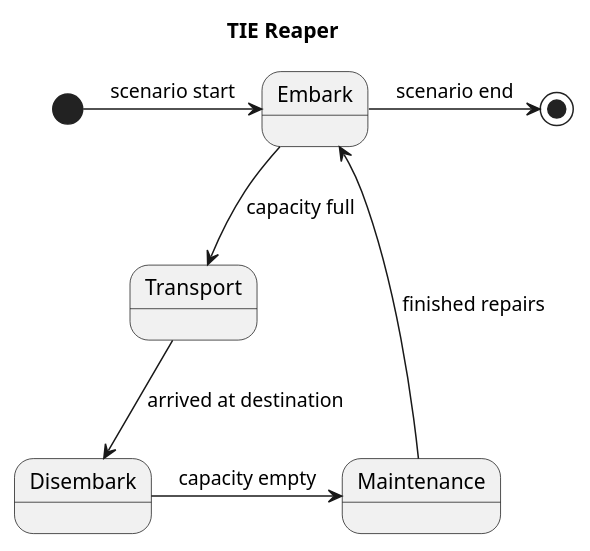
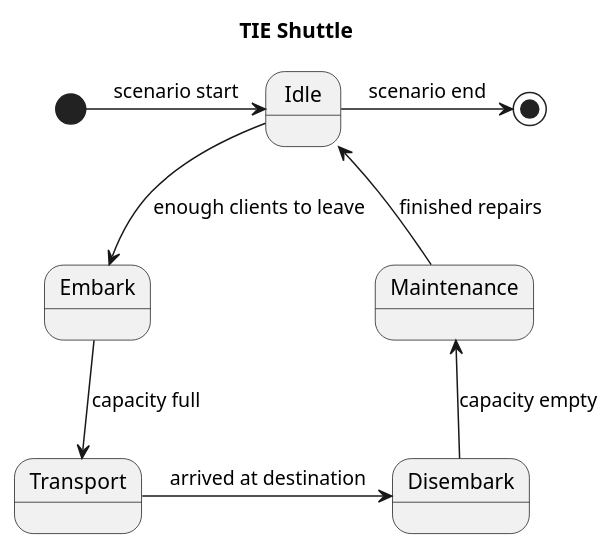
One commit to darkhappy/flightsim changed the diagram in Documentation/Diagrams/State/Transport.puml. Above: the diagram before and after it, drawn with PlantUML. The commit also changed 3 other files, not shown here.

Commit message:
UML: Basically done (probably needs finishing touches)

```diff
--- a/Documentation/Diagrams/State/Transport.puml
+++ b/Documentation/Diagrams/State/Transport.puml
@@ -1,17 +1,19 @@
 @startuml
 'https://plantuml.com/state-diagram
-Title TIE Reaper 
+Title TIE Shuttle 
 
+state Idle
 state Embark
 state Transport
 state Disembark
 state Maintenance
 
-[*] -> Embark : scenario start 
-Embark --> Transport : capacity full
-Transport --> Disembark : arrived at destination
-Disembark -> Maintenance : capacity empty
-Maintenance -> Embark : finished repairs 
-Embark -> [*] : scenario end
+[*] -> Idle : scenario start 
+Idle -d-> Embark : enough clients to leave
+Embark -d-> Transport : capacity full
+Transport -> Disembark : arrived at destination
+Disembark -u-> Maintenance : capacity empty
+Maintenance -u-> Idle : finished repairs 
+Idle -> [*] : scenario end
 
 @enduml
```
